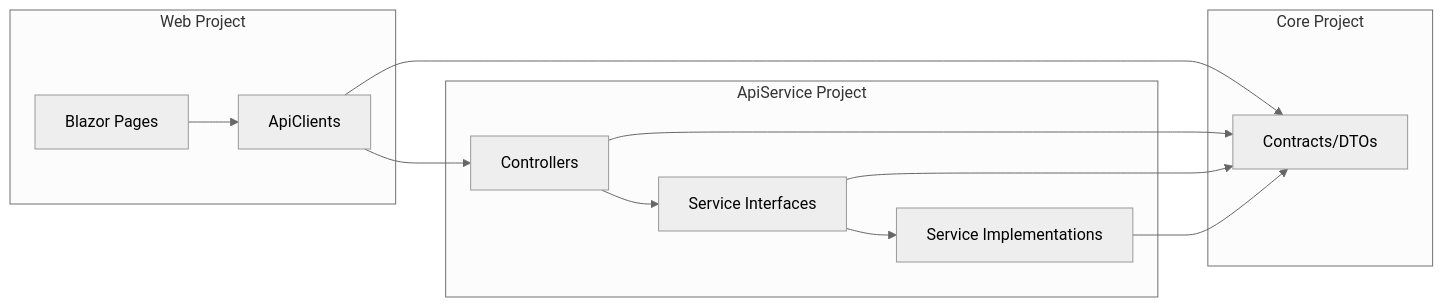
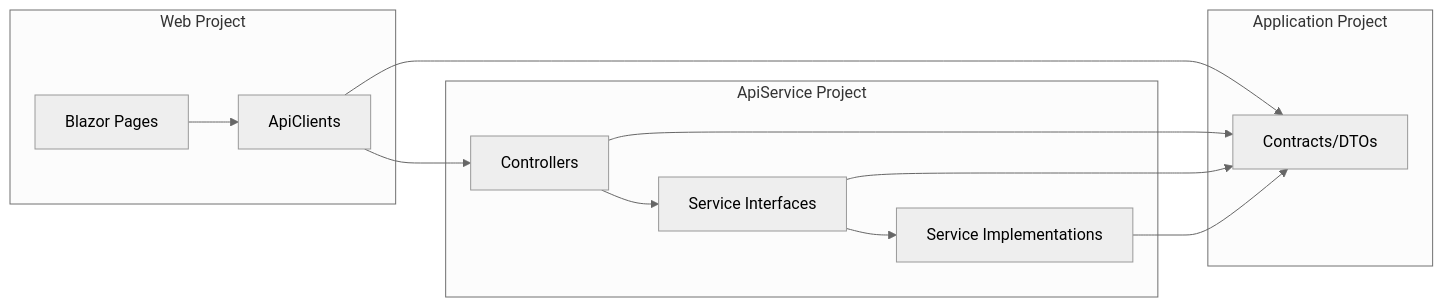
The diagram in .kiro/specs/parameter-list-dto-refactoring/design.md (KGYeow/AspireWebAppTemplate), drawn with Mermaid (neutral theme) before and after one commit. The commit also changed other lines of this file and 97 other files, not shown here.

````diff
--- a/.kiro/specs/parameter-list-dto-refactoring/design.md
+++ b/.kiro/specs/parameter-list-dto-refactoring/design.md
@@ -19,18 +19,18 @@
 ```mermaid
 graph LR
     subgraph "Web Project"
         A[Blazor Pages] --> B[ApiClients]
     end
     subgraph "ApiService Project"
         C[Controllers] --> D[Service Interfaces]
         D --> E[Service Implementations]
     end
-    subgraph "Core Project"
+    subgraph "Application Project"
         F[Contracts/DTOs]
     end
     B --> C
     B --> F
     C --> F
     D --> F
     E --> F
 ```
````
